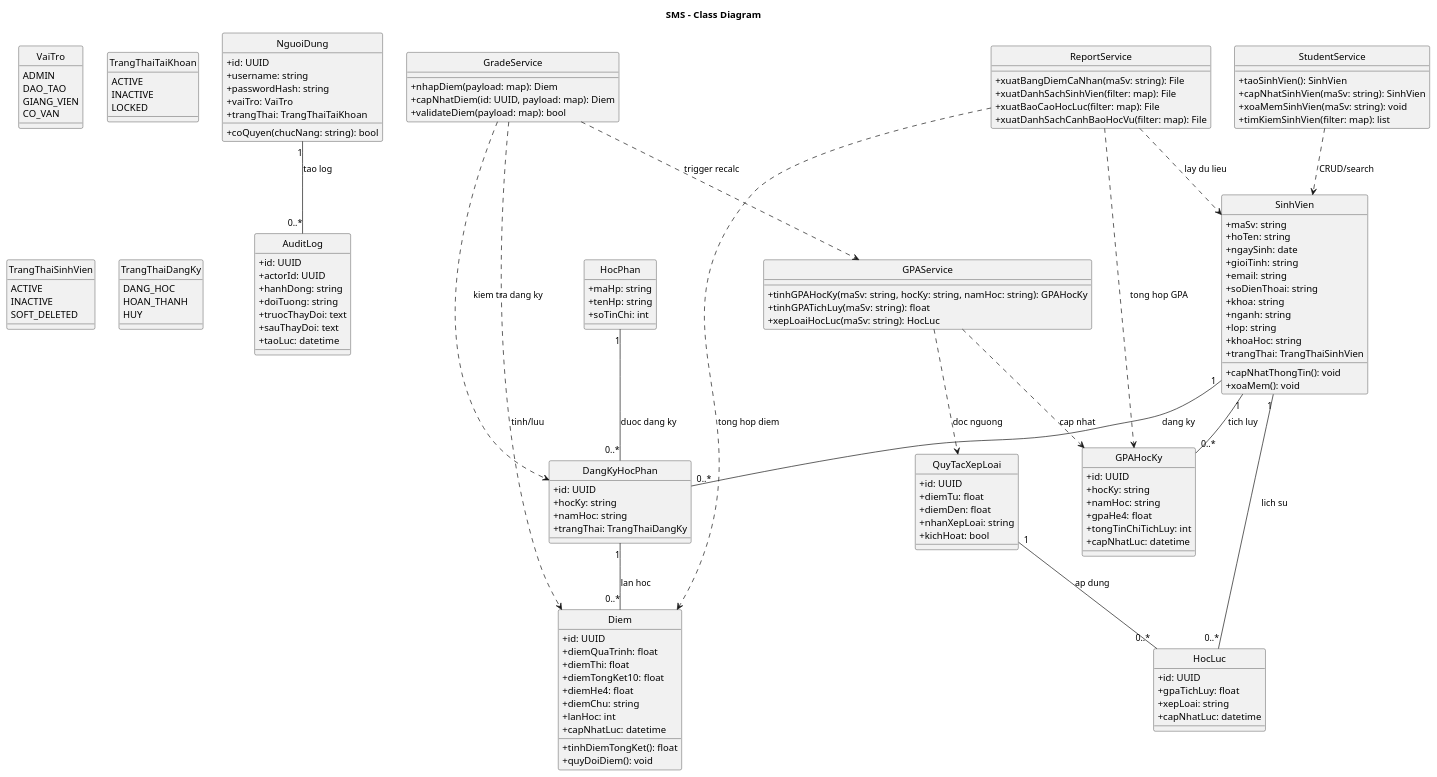
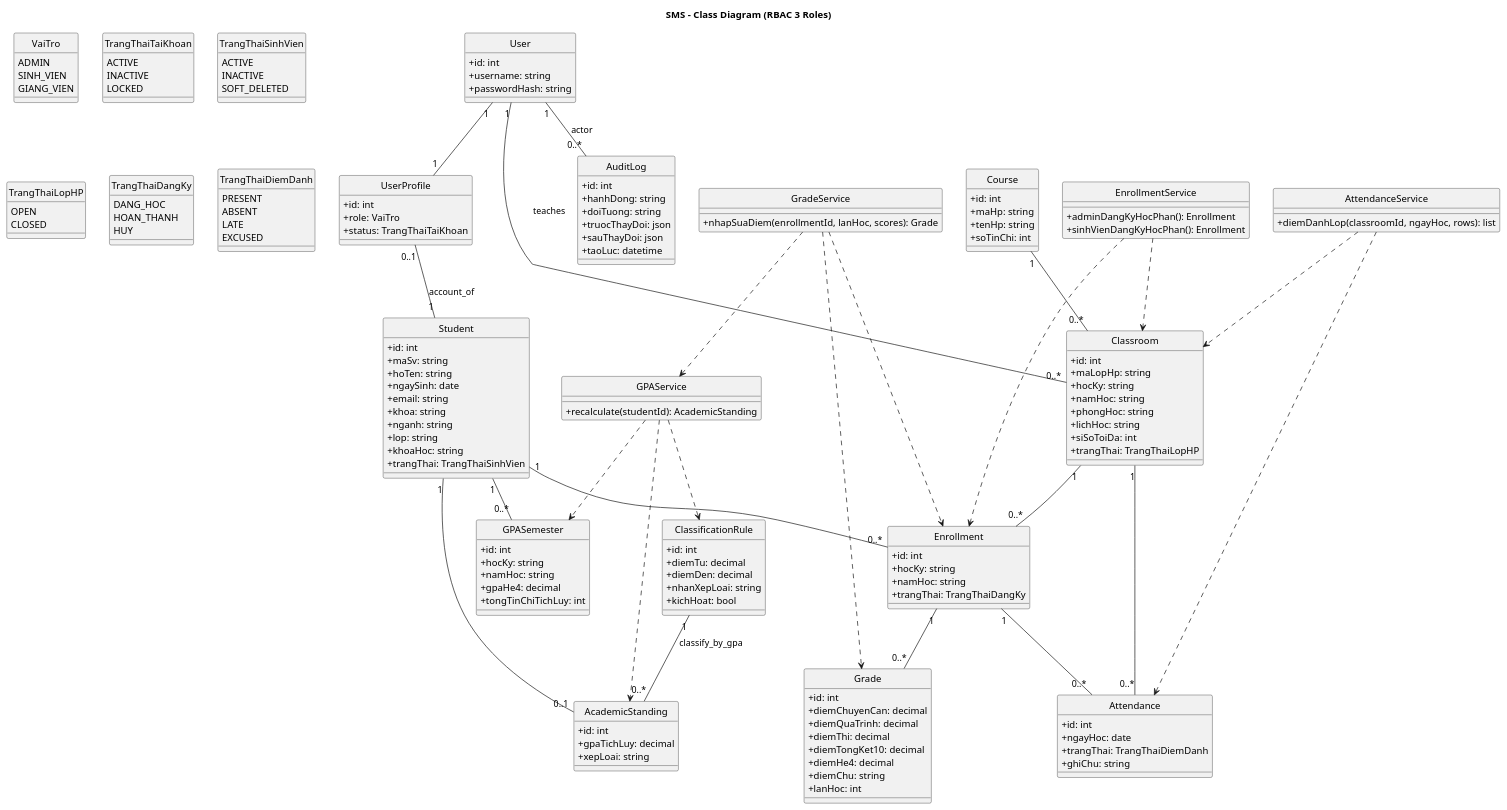
The diagram in prod/uml/class-diagram.puml (lvdhuy05/Student-Management-System-), drawn with PlantUML before and after one commit. The commit also changed 33 other files, not shown here.

```diff
--- a/prod/uml/class-diagram.puml
+++ b/prod/uml/class-diagram.puml
@@ -1,161 +1,185 @@
 @startuml
-title SMS - Class Diagram
+title SMS - Class Diagram (RBAC 3 Roles)
 
 skinparam classAttributeIconSize 0
 hide circle
 
 enum VaiTro {
   ADMIN
-  DAO_TAO
+  SINH_VIEN
   GIANG_VIEN
-  CO_VAN
 }
 
 enum TrangThaiTaiKhoan {
   ACTIVE
   INACTIVE
   LOCKED
 }
 
 enum TrangThaiSinhVien {
   ACTIVE
   INACTIVE
   SOFT_DELETED
 }
 
+enum TrangThaiLopHP {
+  OPEN
+  CLOSED
+}
+
 enum TrangThaiDangKy {
   DANG_HOC
   HOAN_THANH
   HUY
 }
 
-class NguoiDung {
-  +id: UUID
+enum TrangThaiDiemDanh {
+  PRESENT
+  ABSENT
+  LATE
+  EXCUSED
+}
+
+class User {
+  +id: int
   +username: string
   +passwordHash: string
-  +vaiTro: VaiTro
-  +trangThai: TrangThaiTaiKhoan
-  +coQuyen(chucNang: string): bool
 }
 
-class SinhVien {
+class UserProfile {
+  +id: int
+  +role: VaiTro
+  +status: TrangThaiTaiKhoan
+}
+
+class Student {
+  +id: int
   +maSv: string
   +hoTen: string
   +ngaySinh: date
-  +gioiTinh: string
   +email: string
-  +soDienThoai: string
   +khoa: string
   +nganh: string
   +lop: string
   +khoaHoc: string
   +trangThai: TrangThaiSinhVien
-  +capNhatThongTin(): void
-  +xoaMem(): void
 }
 
-class HocPhan {
+class Course {
+  +id: int
   +maHp: string
   +tenHp: string
   +soTinChi: int
 }
 
-class DangKyHocPhan {
-  +id: UUID
+class Classroom {
+  +id: int
+  +maLopHp: string
+  +hocKy: string
+  +namHoc: string
+  +phongHoc: string
+  +lichHoc: string
+  +siSoToiDa: int
+  +trangThai: TrangThaiLopHP
+}
+
+class Enrollment {
+  +id: int
   +hocKy: string
   +namHoc: string
   +trangThai: TrangThaiDangKy
 }
 
-class Diem {
-  +id: UUID
-  +diemQuaTrinh: float
-  +diemThi: float
-  +diemTongKet10: float
-  +diemHe4: float
+class Grade {
+  +id: int
+  +diemChuyenCan: decimal
+  +diemQuaTrinh: decimal
+  +diemThi: decimal
+  +diemTongKet10: decimal
+  +diemHe4: decimal
   +diemChu: string
   +lanHoc: int
-  +capNhatLuc: datetime
-  +tinhDiemTongKet(): float
-  +quyDoiDiem(): void
 }
 
-class GPAHocKy {
-  +id: UUID
+class Attendance {
+  +id: int
+  +ngayHoc: date
+  +trangThai: TrangThaiDiemDanh
+  +ghiChu: string
+}
+
+class GPASemester {
+  +id: int
   +hocKy: string
   +namHoc: string
-  +gpaHe4: float
+  +gpaHe4: decimal
   +tongTinChiTichLuy: int
-  +capNhatLuc: datetime
 }
 
-class HocLuc {
-  +id: UUID
-  +gpaTichLuy: float
+class AcademicStanding {
+  +id: int
+  +gpaTichLuy: decimal
   +xepLoai: string
-  +capNhatLuc: datetime
 }
 
-class QuyTacXepLoai {
-  +id: UUID
-  +diemTu: float
-  +diemDen: float
+class ClassificationRule {
+  +id: int
+  +diemTu: decimal
+  +diemDen: decimal
   +nhanXepLoai: string
   +kichHoat: bool
 }
 
 class AuditLog {
-  +id: UUID
-  +actorId: UUID
+  +id: int
   +hanhDong: string
   +doiTuong: string
-  +truocThayDoi: text
-  +sauThayDoi: text
+  +truocThayDoi: json
+  +sauThayDoi: json
   +taoLuc: datetime
 }
 
-class StudentService {
-  +taoSinhVien(): SinhVien
-  +capNhatSinhVien(maSv: string): SinhVien
-  +xoaMemSinhVien(maSv: string): void
-  +timKiemSinhVien(filter: map): list
+class EnrollmentService {
+  +adminDangKyHocPhan(): Enrollment
+  +sinhVienDangKyHocPhan(): Enrollment
 }
 
 class GradeService {
-  +nhapDiem(payload: map): Diem
-  +capNhatDiem(id: UUID, payload: map): Diem
-  +validateDiem(payload: map): bool
+  +nhapSuaDiem(enrollmentId, lanHoc, scores): Grade
+}
+
+class AttendanceService {
+  +diemDanhLop(classroomId, ngayHoc, rows): list
 }
 
 class GPAService {
-  +tinhGPAHocKy(maSv: string, hocKy: string, namHoc: string): GPAHocKy
-  +tinhGPATichLuy(maSv: string): float
-  +xepLoaiHocLuc(maSv: string): HocLuc
+  +recalculate(studentId): AcademicStanding
 }
 
-class ReportService {
-  +xuatBangDiemCaNhan(maSv: string): File
-  +xuatDanhSachSinhVien(filter: map): File
-  +xuatBaoCaoHocLuc(filter: map): File
-  +xuatDanhSachCanhBaoHocVu(filter: map): File
-}
+User "1" -- "1" UserProfile
+UserProfile "0..1" -- "1" Student : account_of
+User "1" -- "0..*" Classroom : teaches
+User "1" -- "0..*" AuditLog : actor
 
-SinhVien "1" -- "0..*" DangKyHocPhan : dang ky
-HocPhan "1" -- "0..*" DangKyHocPhan : duoc dang ky
-DangKyHocPhan "1" -- "0..*" Diem : lan hoc
-SinhVien "1" -- "0..*" GPAHocKy : tich luy
-SinhVien "1" -- "0..*" HocLuc : lich su
-QuyTacXepLoai "1" -- "0..*" HocLuc : ap dung
-NguoiDung "1" -- "0..*" AuditLog : tao log
+Course "1" -- "0..*" Classroom
+Student "1" -- "0..*" Enrollment
+Classroom "1" -- "0..*" Enrollment
+Enrollment "1" -- "0..*" Grade
+Classroom "1" -- "0..*" Attendance
+Enrollment "1" -- "0..*" Attendance
+Student "1" -- "0..*" GPASemester
+Student "1" -- "0..1" AcademicStanding
+ClassificationRule "1" -- "0..*" AcademicStanding : classify_by_gpa
 
-StudentService ..> SinhVien : CRUD/search
-GradeService ..> Diem : tinh/luu
-GradeService ..> DangKyHocPhan : kiem tra dang ky
-GradeService ..> GPAService : trigger recalc
-GPAService ..> GPAHocKy : cap nhat
-GPAService ..> QuyTacXepLoai : doc nguong
-ReportService ..> SinhVien : lay du lieu
-ReportService ..> Diem : tong hop diem
-ReportService ..> GPAHocKy : tong hop GPA
+EnrollmentService ..> Enrollment
+EnrollmentService ..> Classroom
+GradeService ..> Grade
+GradeService ..> Enrollment
+GradeService ..> GPAService
+AttendanceService ..> Attendance
+AttendanceService ..> Classroom
+GPAService ..> GPASemester
+GPAService ..> AcademicStanding
+GPAService ..> ClassificationRule
 
 @enduml
```
